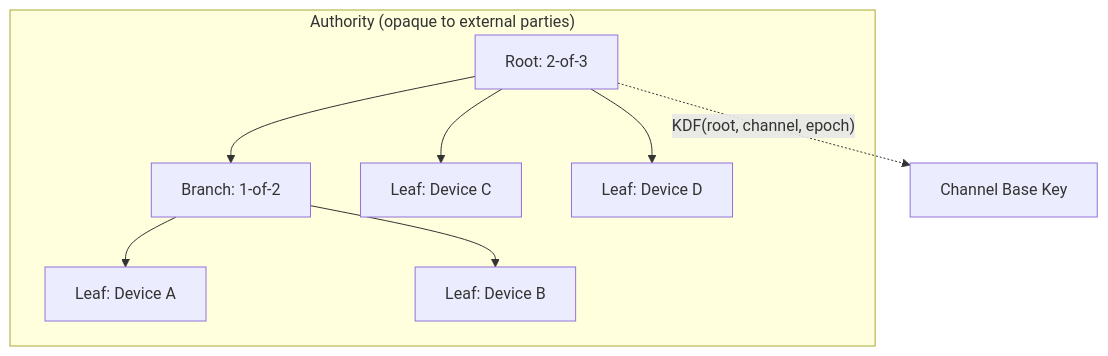
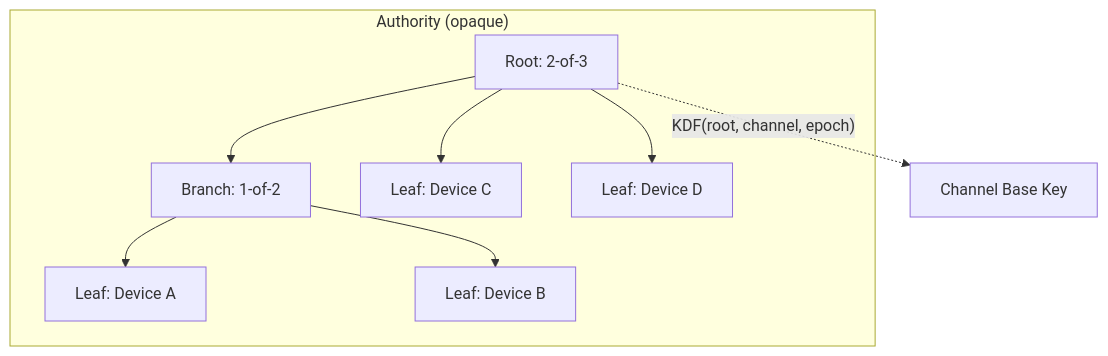
One commit to hxrts/aura changed the first of 2 diagrams in docs/blog/001_group_messaging.md. Above: the diagram before and after it, drawn with Mermaid. The commit also changed 4 other files, not shown here.

Commit message:
tweak mermaid diagram

````diff
--- a/docs/blog/001_group_messaging.md
+++ b/docs/blog/001_group_messaging.md
@@ -53,12 +53,12 @@
 ```mermaid
 graph TD
-    subgraph "Authority (opaque to external parties)"
+    subgraph "Authority (opaque)"
         R[Root: 2-of-3]
         R --> B1[Branch: 1-of-2]
         R --> L3[Leaf: Device C]
         R --> L4[Leaf: Device D]
         B1 --> L1[Leaf: Device A]
         B1 --> L2[Leaf: Device B]
     end
     R -.->|"KDF(root, channel, epoch)"| K[Channel Base Key]
 ```
````
